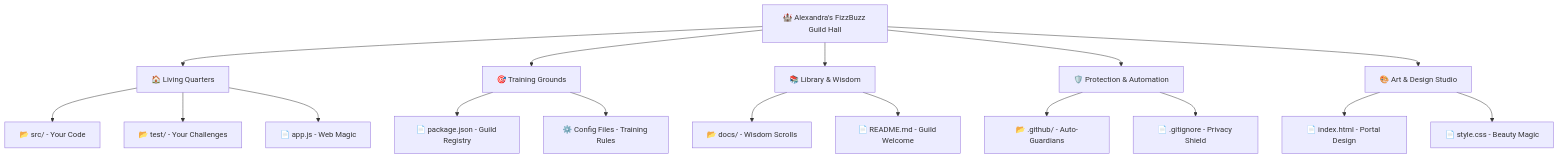
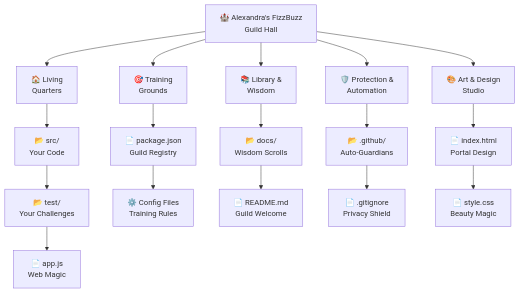
The first of 4 diagrams in docs/PROJECT_STRUCTURE.md (j4yh3m/alexandra-fizzbuzz-js), drawn with Mermaid before and after one commit. The commit also changed 2 other files, not shown here.

Commit message:
fix: improve Mermaid diagram readability with better text wrapping
- Make PROJECT_STRUCTURE.md Guild Hall Blueprint vertical for better readability
- Add line breaks to all diagram text to prevent truncation
- Fix Mermaid parsing errors in decision nodes with proper quoting
- Replace unsupported gitgraph with compatible flowchart in TOOLS_GLOSSARY.md
- Wrap long text in all diagrams across TDD_TUTORIAL.md and TOOLS_GLOSSARY.md
- Ensure all diagrams render correctly in VS Code and other Mermaid viewers

🤖 Generated with [Claude Code](https://claude.ai/code)

````diff
--- a/docs/PROJECT_STRUCTURE.md
+++ b/docs/PROJECT_STRUCTURE.md
@@ -11,24 +11,25 @@
 ```mermaid
-graph TD
-    A[🏰 Alexandra's FizzBuzz Guild Hall] --> B[🏠 Living Quarters]
-    A --> C[🎯 Training Grounds]
-    A --> D[📚 Library & Wisdom]
-    A --> E[🛡️ Protection & Automation]
-    A --> F[🎨 Art & Design Studio]
+flowchart TD
+    A["🏰 Alexandra's FizzBuzz<br/>Guild Hall"]
     
-    B --> B1[📂 src/ - Your Code]
-    B --> B2[📂 test/ - Your Challenges]
-    B --> B3[📄 app.js - Web Magic]
+    A --> B["🏠 Living<br/>Quarters"]
+    B --> B1["📂 src/<br/>Your Code"]
+    B1 --> B2["📂 test/<br/>Your Challenges"]
+    B2 --> B3["📄 app.js<br/>Web Magic"]
     
-    C --> C1[📄 package.json - Guild Registry]
-    C --> C2[⚙️ Config Files - Training Rules]
+    A --> C["🎯 Training<br/>Grounds"]
+    C --> C1["📄 package.json<br/>Guild Registry"]
+    C1 --> C2["⚙️ Config Files<br/>Training Rules"]
     
-    D --> D1[📂 docs/ - Wisdom Scrolls]
-    D --> D2[📄 README.md - Guild Welcome]
+    A --> D["📚 Library &<br/>Wisdom"]
+    D --> D1["📂 docs/<br/>Wisdom Scrolls"]
+    D1 --> D2["📄 README.md<br/>Guild Welcome"]
     
-    E --> E1[📂 .github/ - Auto-Guardians]
-    E --> E2[📄 .gitignore - Privacy Shield]
+    A --> E["🛡️ Protection &<br/>Automation"]
+    E --> E1["📂 .github/<br/>Auto-Guardians"]
+    E1 --> E2["📄 .gitignore<br/>Privacy Shield"]
     
-    F --> F1[📄 index.html - Portal Design]
-    F --> F2[📄 style.css - Beauty Magic]
+    A --> F["🎨 Art & Design<br/>Studio"]
+    F --> F1["📄 index.html<br/>Portal Design"]
+    F1 --> F2["📄 style.css<br/>Beauty Magic"]
 ```
````
